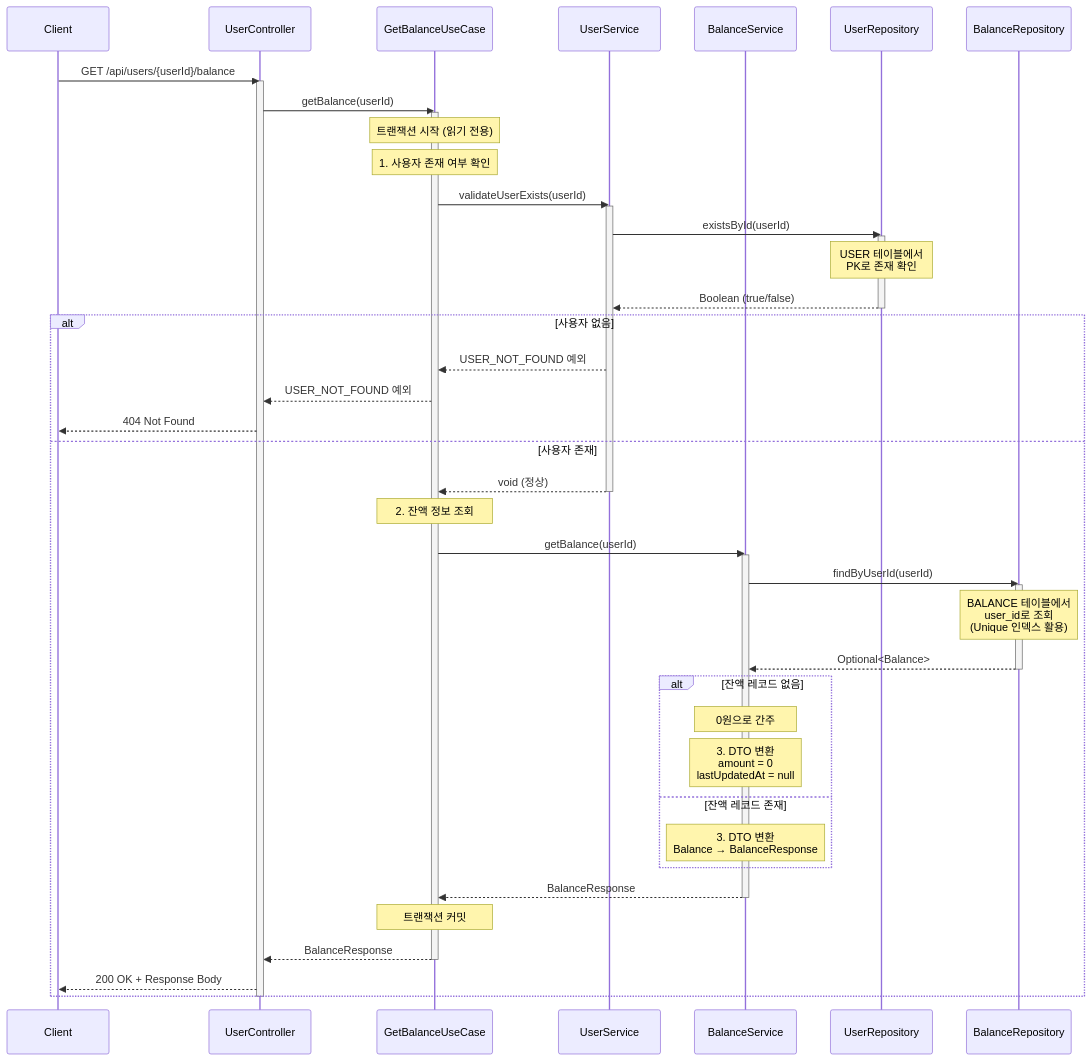
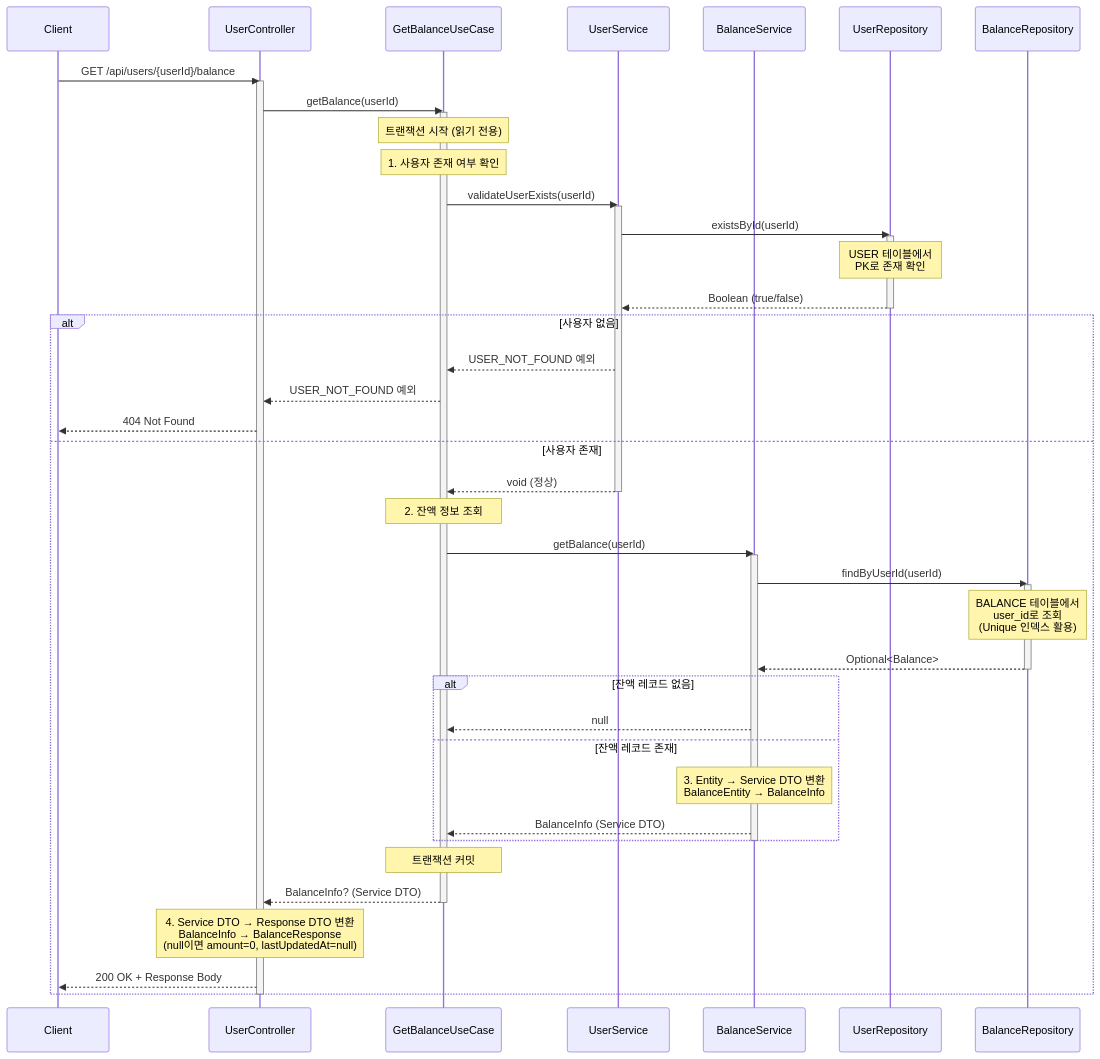
One commit to edit8080/commerce-api changed the diagram in docs/api/user/get-balance.md. Above: the diagram before and after it, drawn with Mermaid. The commit also changed 55 other files, not shown here.

````diff
--- a/docs/api/user/get-balance.md
+++ b/docs/api/user/get-balance.md
@@ -159,67 +159,67 @@
 ```mermaid
 sequenceDiagram
     participant Client as Client
     participant Controller as UserController
     participant UseCase as GetBalanceUseCase
     participant UserService as UserService
     participant BalanceService as BalanceService
     participant UserRepo as UserRepository
     participant BalanceRepo as BalanceRepository
 
     Client->>Controller: GET /api/users/{userId}/balance
     activate Controller
 
     Controller->>UseCase: getBalance(userId)
     activate UseCase
 
     Note over UseCase: 트랜잭션 시작 (읽기 전용)
 
     Note over UseCase: 1. 사용자 존재 여부 확인
 
     UseCase->>UserService: validateUserExists(userId)
     activate UserService
 
     UserService->>UserRepo: existsById(userId)
     activate UserRepo
     Note over UserRepo: USER 테이블에서<br/>PK로 존재 확인
     UserRepo-->>UserService: Boolean (true/false)
     deactivate UserRepo
 
     alt 사용자 없음
         UserService-->>UseCase: USER_NOT_FOUND 예외
         UseCase-->>Controller: USER_NOT_FOUND 예외
         Controller-->>Client: 404 Not Found
     else 사용자 존재
         UserService-->>UseCase: void (정상)
         deactivate UserService
 
         Note over UseCase: 2. 잔액 정보 조회
 
         UseCase->>BalanceService: getBalance(userId)
         activate BalanceService
 
         BalanceService->>BalanceRepo: findByUserId(userId)
         activate BalanceRepo
         Note over BalanceRepo: BALANCE 테이블에서<br/>user_id로 조회<br/>(Unique 인덱스 활용)
         BalanceRepo-->>BalanceService: Optional<Balance>
         deactivate BalanceRepo
 
         alt 잔액 레코드 없음
-            Note over BalanceService: 0원으로 간주
-            Note over BalanceService: 3. DTO 변환<br/>amount = 0<br/>lastUpdatedAt = null
+            BalanceService-->>UseCase: null
         else 잔액 레코드 존재
-            Note over BalanceService: 3. DTO 변환<br/>Balance → BalanceResponse
+            Note over BalanceService: 3. Entity → Service DTO 변환<br/>BalanceEntity → BalanceInfo
+            BalanceService-->>UseCase: BalanceInfo (Service DTO)
         end
-
-        BalanceService-->>UseCase: BalanceResponse
         deactivate BalanceService
 
         Note over UseCase: 트랜잭션 커밋
 
-        UseCase-->>Controller: BalanceResponse
+        UseCase-->>Controller: BalanceInfo? (Service DTO)
         deactivate UseCase
+
+        Note over Controller: 4. Service DTO → Response DTO 변환<br/>BalanceInfo → BalanceResponse<br/>(null이면 amount=0, lastUpdatedAt=null)
 
         Controller-->>Client: 200 OK + Response Body
     end
     deactivate Controller
 ```
````
